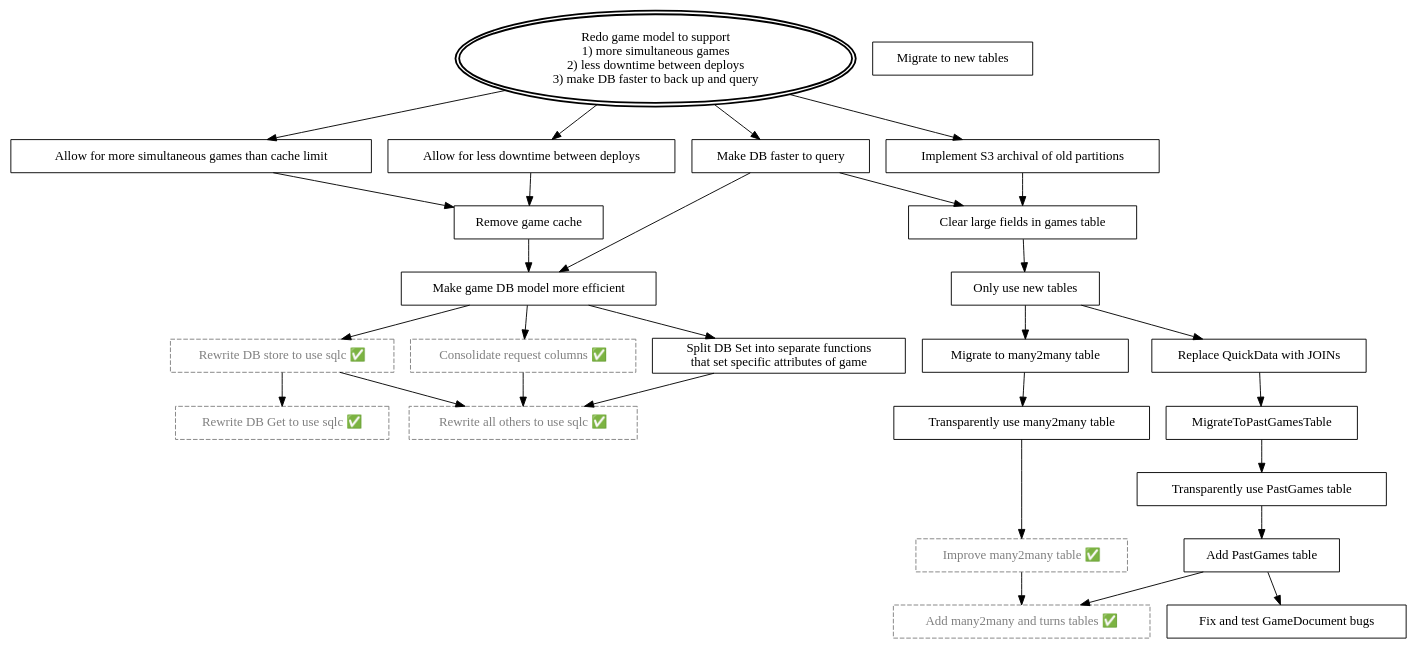
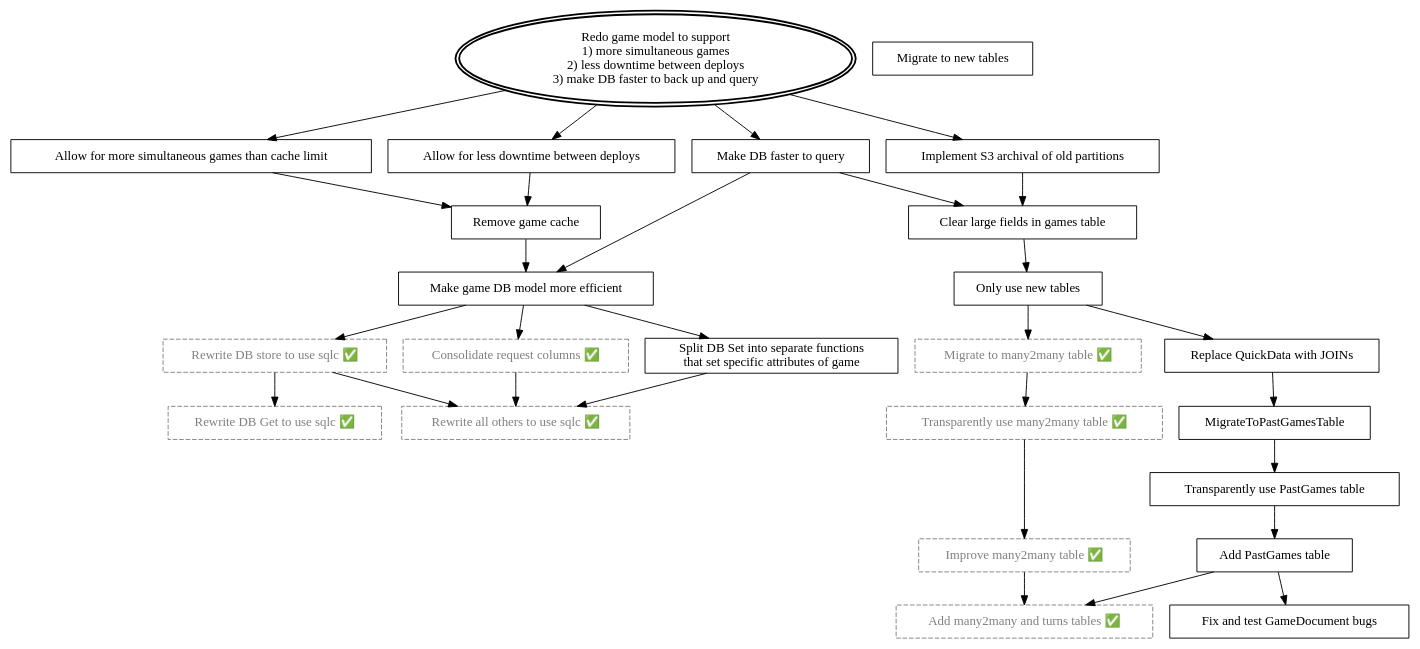
The diagram in docs/mikado/remove-game-caches.dot (woogles-io/liwords), drawn with Graphviz before and after one commit. The commit also changed 24 other files, not shown here.

```diff
--- a/docs/mikado/remove-game-caches.dot
+++ b/docs/mikado/remove-game-caches.dot
@@ -1,69 +1,69 @@
 digraph RedoGameModel {
     Goal [label = "Redo game model to support\n1) more simultaneous games\n2) less downtime between deploys\n3) make DB faster to back up and query";shape = oval;peripheries = 2;style = bold;];
 
     // Define a reusable style for "checked nodes"  ✅
     node [shape = box; color = gray; fontcolor = gray; style = dashed;];
     DBGet [label = "Rewrite DB Get to use sqlc ✅";];
     AddOtherTables [label = "Add many2many and turns tables ✅";];
     SQLCDBStore [label = "Rewrite DB store to use sqlc ✅";];
     SQLCOtherFuncs [label = "Rewrite all others to use sqlc ✅";];
     ConsolidateRequestColumns [label = "Consolidate request columns ✅";];
     ImproveMany2ManyTable [label = "Improve many2many table ✅";];
+    UseMany2ManyTable [label = "Transparently use many2many table ✅" ;];
+    MigrateToMany2ManyTable [label = "Migrate to many2many table ✅";];
 
     // Reset to default for other uncompleted nodes
     node [shape = box; color = black; fontcolor = black; style = solid;];
 
     MoreSimultaneousGames [label = "Allow for more simultaneous games than cache limit";];
     LessDowntimeBetweenDeploys [label = "Allow for less downtime between deploys";];
     MakeDBFaster [label = "Make DB faster to query";];
 
-    MigrateToMany2ManyTable [label = "Migrate to many2many table";];
     AddPastGamesTable [label = "Add PastGames table";];
     OnlyUseNewTables [label = "Only use new tables";];
     MigrateToNewTables [label = "Migrate to new tables";];
-    UseMany2ManyTable [label = "Transparently use many2many table";];
     UsePastGamesTable [label = "Transparently use PastGames table";];
     RemoveGameCache [label = "Remove game cache";];
     EfficientTable [label = "Make game DB model more efficient";];
 
     FixGameDocumentBugs [label = "Fix and test GameDocument bugs";];
 
     DBSetSplit [label = "Split DB Set into separate functions\nthat set specific attributes of game";];
 
     ReplaceQuickData [label = "Replace QuickData with JOINs";];
 
     ClearLargeFields [label = "Clear large fields in games table";];
     ImplementS3Archival [label = "Implement S3 archival of old partitions";];
     // Arrows
     Goal -> MoreSimultaneousGames;
     Goal -> LessDowntimeBetweenDeploys;
     Goal -> MakeDBFaster;
     Goal -> ImplementS3Archival;
 
     MoreSimultaneousGames -> RemoveGameCache;
     LessDowntimeBetweenDeploys -> RemoveGameCache;
     MakeDBFaster -> EfficientTable;
 
     RemoveGameCache -> EfficientTable;
     OnlyUseNewTables -> ReplaceQuickData;
     OnlyUseNewTables -> MigrateToMany2ManyTable;
     ReplaceQuickData -> MigrateToPastGamesTable;
 
     MigrateToMany2ManyTable -> UseMany2ManyTable;
     ImproveMany2ManyTable -> AddOtherTables;
     MigrateToPastGamesTable -> UsePastGamesTable;
     AddPastGamesTable -> AddOtherTables;
     EfficientTable -> SQLCDBStore;
     EfficientTable -> DBSetSplit;
     DBSetSplit -> SQLCOtherFuncs;
     UseMany2ManyTable -> ImproveMany2ManyTable;
     UsePastGamesTable -> AddPastGamesTable;
     AddPastGamesTable -> FixGameDocumentBugs;
     SQLCDBStore -> DBGet;
     SQLCDBStore -> SQLCOtherFuncs;
     ConsolidateRequestColumns -> SQLCOtherFuncs;
     EfficientTable -> ConsolidateRequestColumns;
     MakeDBFaster -> ClearLargeFields;
     ClearLargeFields -> OnlyUseNewTables;
     ImplementS3Archival -> ClearLargeFields;
 }
```
